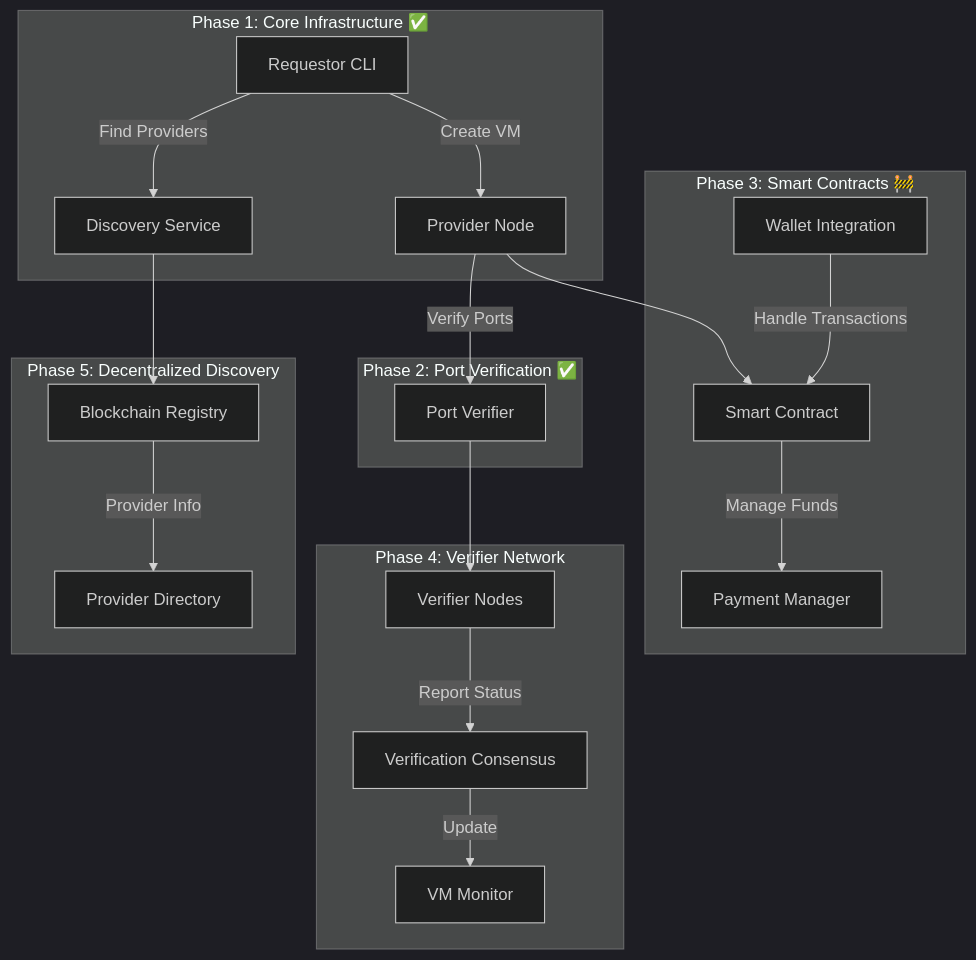
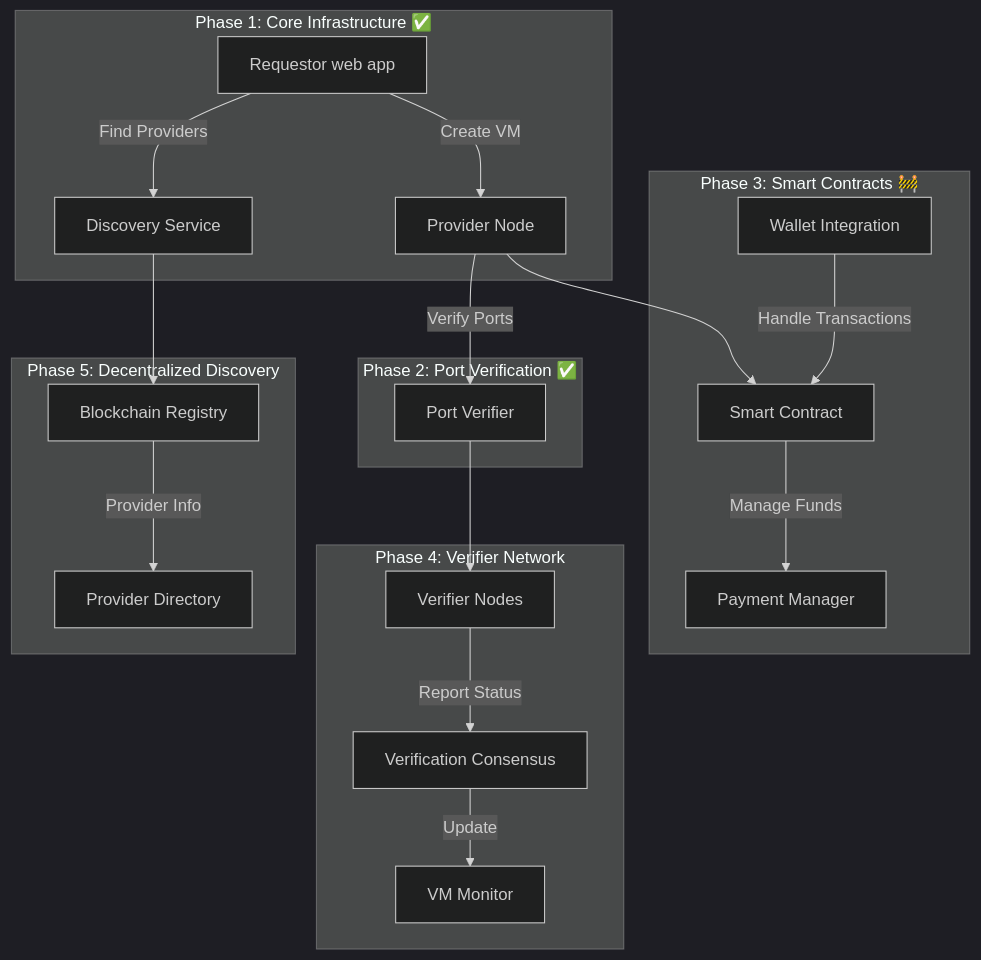
Before and after one commit to cryptobench/vm-on-golem: the second of 2 diagrams in VM-on-Golem-VISION/ROADMAP.md, drawn with Mermaid (dark theme). The commit also changed other lines of this file and 159 other files, not shown here.

````diff
--- a/VM-on-Golem-VISION/ROADMAP.md
+++ b/VM-on-Golem-VISION/ROADMAP.md
@@ -25,41 +25,41 @@
 ```mermaid
 graph TB
     subgraph "Phase 1: Core Infrastructure ✅"
-        R[Requestor CLI]
+        R[Requestor web app]
         P[Provider Node]
         D[Discovery Service]
         R -->|Find Providers| D
         R -->|Create VM| P
     end
 
     subgraph "Phase 2: Port Verification ✅"
         PV[Port Verifier]
         P -->|Verify Ports| PV
     end
 
     subgraph "Phase 3: Smart Contracts 🚧"
         SC[Smart Contract]
         W[Wallet Integration]
         PM[Payment Manager]
         SC -->|Manage Funds| PM
         W -->|Handle Transactions| SC
     end
 
     subgraph "Phase 4: Verifier Network"
         VN[Verifier Nodes]
         VC[Verification Consensus]
         VM[VM Monitor]
         VN -->|Report Status| VC
         VC -->|Update| VM
     end
 
     subgraph "Phase 5: Decentralized Discovery"
         BC[Blockchain Registry]
         PD[Provider Directory]
         BC -->|Provider Info| PD
     end
 
     P --> SC
     PV --> VN
     D --> BC
 ```
````
